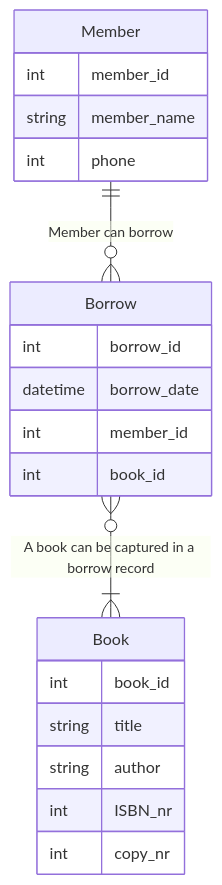
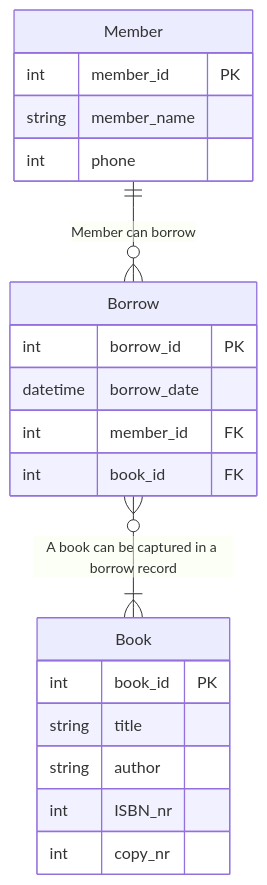
One commit to JohnnyHyytiainen/data_modeling_DE25_johnny_hyytiainen changed the diagram in exercises/exercise_00/exercise_0_question_0c.mmd. Above: the diagram before and after it, drawn with Mermaid. The commit also changed 1 other file, not shown here.

Commit message:
feat: exercise_0 updated .mmd diagram + a bit more answered theoretical questions

```diff
--- a/exercises/exercise_00/exercise_0_question_0c.mmd
+++ b/exercises/exercise_00/exercise_0_question_0c.mmd
@@ -1,25 +1,25 @@
 erDiagram
     Member {
-        int member_id
+        int member_id PK
         string member_name
         int phone
     }
 
     Borrow {
-        int borrow_id
+        int borrow_id PK
         datetime borrow_date
-        int member_id
-        int book_id
+        int member_id FK
+        int book_id FK
 
     }
 
     Book {
-        int book_id
+        int book_id PK
         string title
         string author
         int ISBN_nr
         int copy_nr
     }
 
     Member ||--o{ Borrow : "Member can borrow"
     Borrow }o--|{ Book : "A book can be captured in a borrow record"
```
